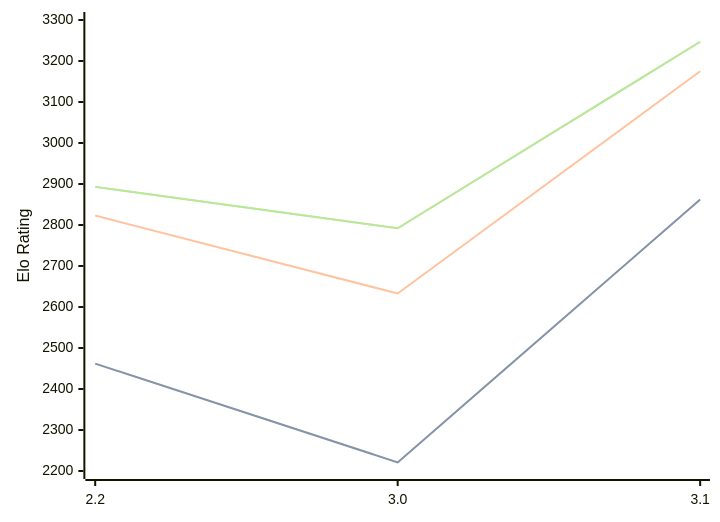
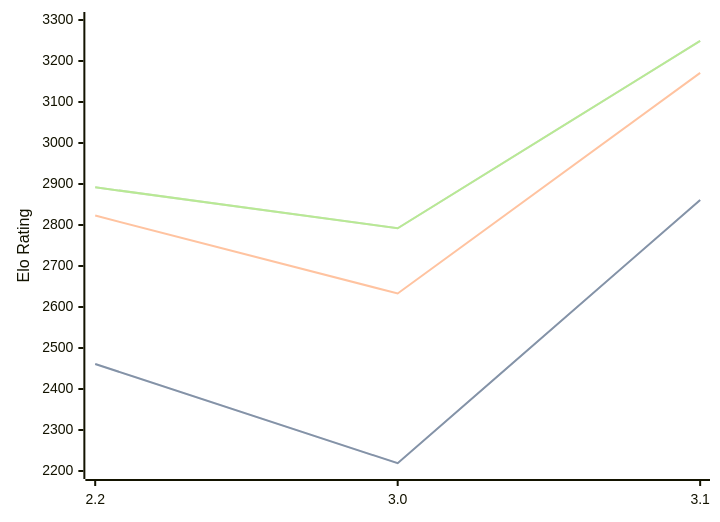
Before and after one commit to computer-chess-index/cci: the third of 3 diagrams in engines/Thrawn.md, drawn with Mermaid. The commit also changed other lines of this file, not shown here.

Commit message:
Update CCI Ratings (ELO VLTC) - 2026-07-15

````diff
--- a/engines/Thrawn.md
+++ b/engines/Thrawn.md
@@ -74,11 +74,11 @@
 ```mermaid
 %%{init: {"theme":"base","themeVariables":{"seriesColors:['#a3a3a3','#222221','#faa371']}}}%%
 xychart-beta
   x-axis ["2.2", "3.0", "3.1"]
   y-axis "Elo Rating" 2200 --> 3300
-  line "STC (8.0+0.08s)" [2462, 2221, 2862]
-  line "STC (8.0+0.08s)" [2462, 2221, 2862]
-  line "LTC (60.0+0.60s)" [2823, 2633, 3175]
-  line "VLTC (2m24s+1.12s)" [2893, 2792, 3247]
-  line "VLTC (2m24s+1.12s)" [2893, 2792, 3247]
+  line "STC (8.0+0.08s)" [2461, 2219, 2861]
+  line "STC (8.0+0.08s)" [2461, 2219, 2861]
+  line "LTC (60.0+0.60s)" [2823, 2633, 3171]
+  line "VLTC (2m24s+1.12s)" [2892, 2792, 3249]
+  line "VLTC (2m24s+1.12s)" [2892, 2792, 3249]
 ```
````
